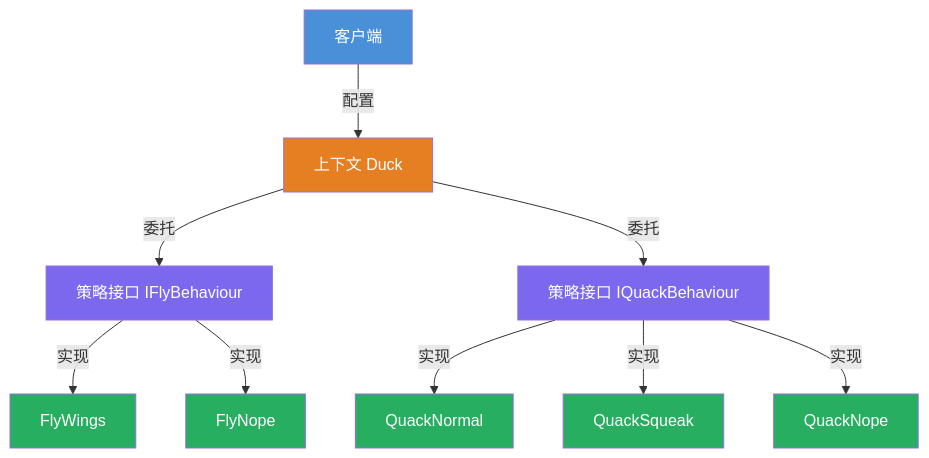
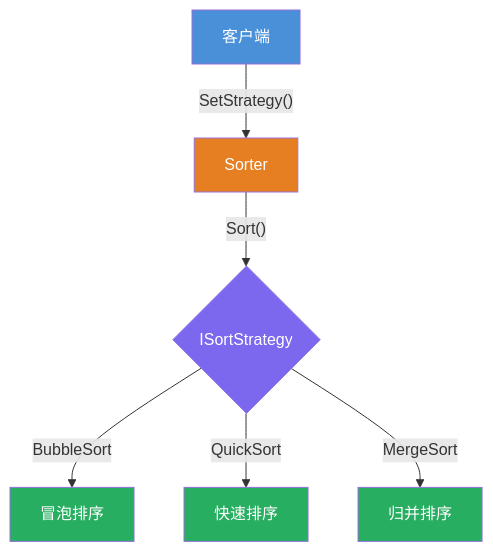
Before and after one commit to hollson/design_patterns: the second of 4 diagrams in StrategyPattern/README.md, drawn with Mermaid. The commit also changed other lines of this file and 143 other files, not shown here.

````diff
--- a/StrategyPattern/README.md
+++ b/StrategyPattern/README.md
@@ -27,21 +70,15 @@
 ```mermaid
 flowchart TD
-    A["客户端"] -->|"配置"| B["上下文 Duck"]
-    B -->|"委托"| C["策略接口 IFlyBehaviour"]
-    B -->|"委托"| D["策略接口 IQuackBehaviour"]
-    C -->|"实现"| E["FlyWings"]
-    C -->|"实现"| F["FlyNope"]
-    D -->|"实现"| G["QuackNormal"]
-    D -->|"实现"| H["QuackSqueak"]
-    D -->|"实现"| I["QuackNope"]
+    A["客户端"] -->|"SetStrategy()"| B["Sorter"]
+    B -->|"Sort()"| C{"ISortStrategy"}
+    C -->|"BubbleSort"| D["冒泡排序"]
+    C -->|"QuickSort"| E["快速排序"]
+    C -->|"MergeSort"| F["归并排序"]
 
     style A fill:#4A90D9,color:#fff
     style B fill:#E67E22,color:#fff
     style C fill:#7B68EE,color:#fff
-    style D fill:#7B68EE,color:#fff
+    style D fill:#27AE60,color:#fff
     style E fill:#27AE60,color:#fff
     style F fill:#27AE60,color:#fff
-    style G fill:#27AE60,color:#fff
-    style H fill:#27AE60,color:#fff
-    style I fill:#27AE60,color:#fff
 ```
````
